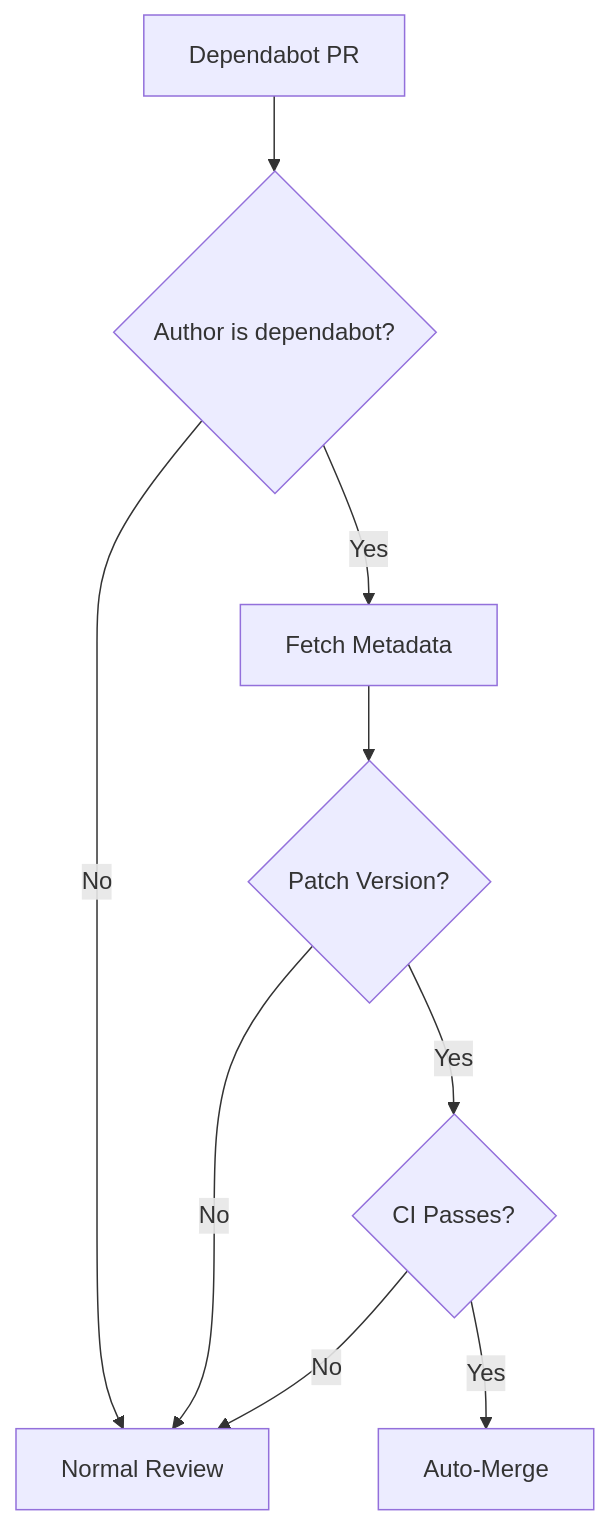
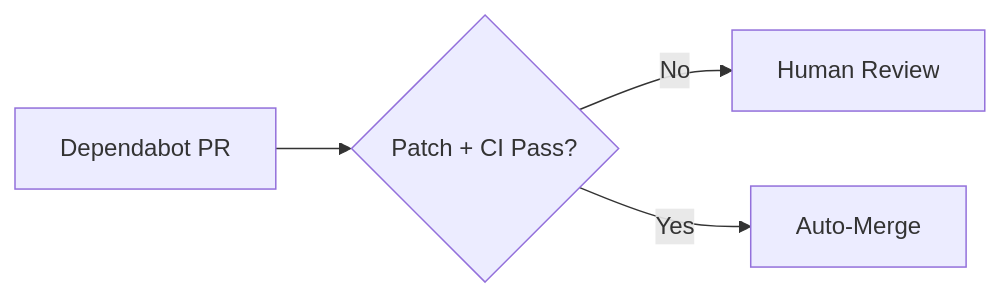
Before and after one commit to ambient-code/reference: the diagram in docs/patterns/dependabot-auto-merge.md, drawn with Mermaid. The commit also changed 8 other files, not shown here.

First line of the commit message:
docs: simplify mermaid diagrams for visual clarity (#17)

````diff
--- a/docs/patterns/dependabot-auto-merge.md
+++ b/docs/patterns/dependabot-auto-merge.md
@@ -47,11 +47,6 @@
 ```mermaid
-flowchart TD
-    A[Dependabot PR] --> B{Author is dependabot?}
-    B -->|No| C[Normal Review]
-    B -->|Yes| D[Fetch Metadata]
-    D --> E{Patch Version?}
-    E -->|No| C
-    E -->|Yes| F{CI Passes?}
-    F -->|No| C
-    F -->|Yes| G[Auto-Merge]
+flowchart LR
+    A[Dependabot PR] --> B{Patch + CI Pass?}
+    B -->|No| C[Human Review]
+    B -->|Yes| D[Auto-Merge]
 ```
````
